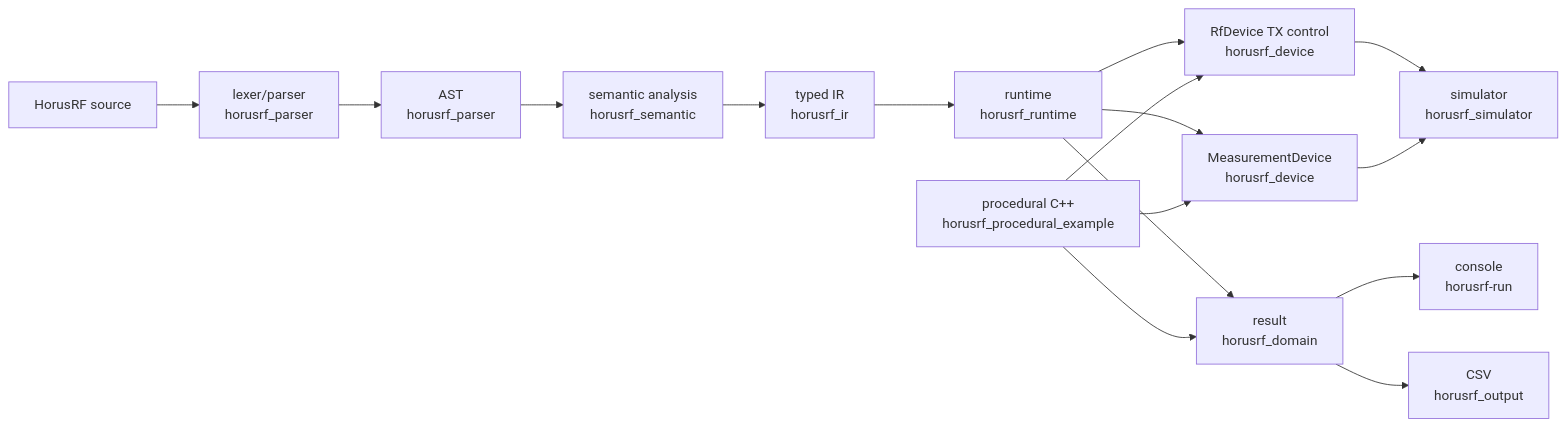
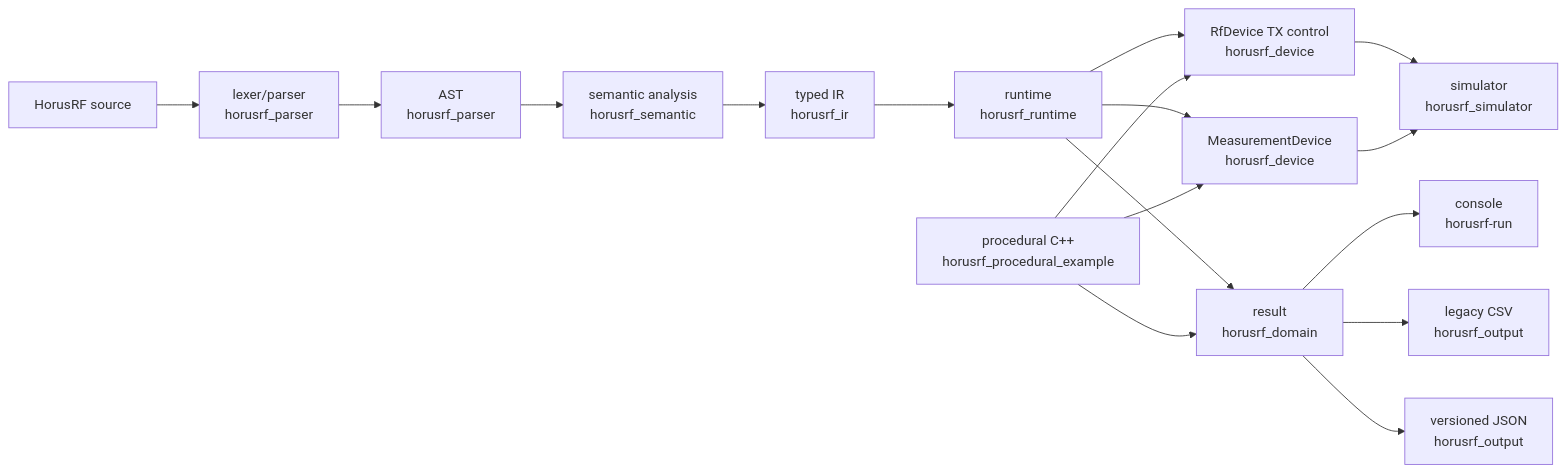
The first of 4 diagrams in docs/architecture.md (sergiorf/HorusRF), drawn with Mermaid before and after one commit. The commit also changed other lines of this file and 19 other files, not shown here.

````diff
--- a/docs/architecture.md
+++ b/docs/architecture.md
@@ -27,18 +28,19 @@
 ```mermaid
 flowchart LR
     Source[HorusRF source] --> Parser[lexer/parser<br/>horusrf_parser]
     Parser --> AST[AST<br/>horusrf_parser]
     AST --> Semantic[semantic analysis<br/>horusrf_semantic]
     Semantic --> IR[typed IR<br/>horusrf_ir]
     IR --> Runtime[runtime<br/>horusrf_runtime]
     Runtime --> Tester[RfDevice TX control<br/>horusrf_device]
     Runtime --> Measurement[MeasurementDevice<br/>horusrf_device]
     Tester --> Simulator[simulator<br/>horusrf_simulator]
     Measurement --> Simulator
     Runtime --> Result[result<br/>horusrf_domain]
     Result --> Console[console<br/>horusrf-run]
-    Result --> CSV[CSV<br/>horusrf_output]
+    Result --> CSV[legacy CSV<br/>horusrf_output]
+    Result --> JSON[versioned JSON<br/>horusrf_output]
     Procedural[procedural C++<br/>horusrf_procedural_example] --> Tester
     Procedural --> Measurement
     Procedural --> Result
 ```
````
